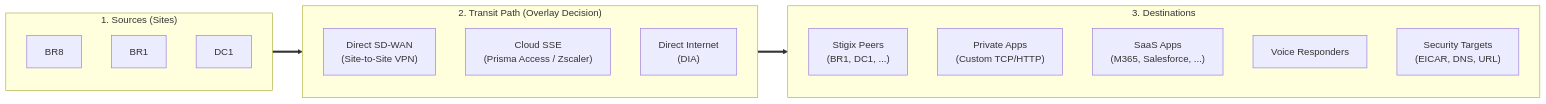
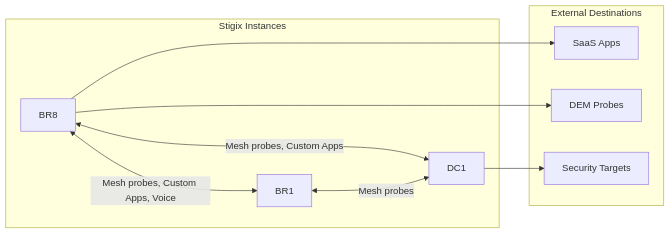
Before and after one commit to jsuzanne/stigix: the diagram in docs/PRD_SCM_COMMAND_CENTER_FLOW_NEXUS.md, drawn with Mermaid. The commit also changed other lines of this file, not shown here.

Commit message:
docs(prd): reframe Flow Nexus as instance-centric Stigix Explorer with API-frugal aggregation

````diff
--- a/docs/PRD_SCM_COMMAND_CENTER_FLOW_NEXUS.md
+++ b/docs/PRD_SCM_COMMAND_CENTER_FLOW_NEXUS.md
@@ -38,24 +32,21 @@
 ```mermaid
 flowchart LR
-    subgraph SRC ["1. Sources (Sites)"]
-        S1["BR8"]
-        S2["BR1"]
-        S3["DC1"]
+    subgraph FLEET ["Stigix Instances"]
+        DC1["DC1"]
+        BR1["BR1"]
+        BR8["BR8"]
     end
 
-    subgraph VIA ["2. Transit Path (Overlay Decision)"]
-        T1["Direct SD-WAN<br/>(Site-to-Site VPN)"]
-        T2["Cloud SSE<br/>(Prisma Access / Zscaler)"]
-        T3["Direct Internet<br/>(DIA)"]
+    subgraph EXT ["External Destinations"]
+        SAAS["SaaS Apps"]
+        DEM["DEM Probes"]
+        SEC["Security Targets"]
     end
 
-    subgraph DST ["3. Destinations"]
-        D1["Stigix Peers<br/>(BR1, DC1, ...)"]
-        D2["Private Apps<br/>(Custom TCP/HTTP)"]
-        D3["SaaS Apps<br/>(M365, Salesforce, ...)"]
-        D4["Voice Responders"]
-        D5["Security Targets<br/>(EICAR, DNS, URL)"]
-    end
-
-    SRC ==> VIA ==> DST
+    BR8 <-->|"Mesh probes, Custom Apps, Voice"| BR1
+    BR8 <-->|"Mesh probes, Custom Apps"| DC1
+    BR1 <-->|"Mesh probes"| DC1
+    BR8 --> SAAS
+    BR8 --> DEM
+    DC1 --> SEC
 ```
````
